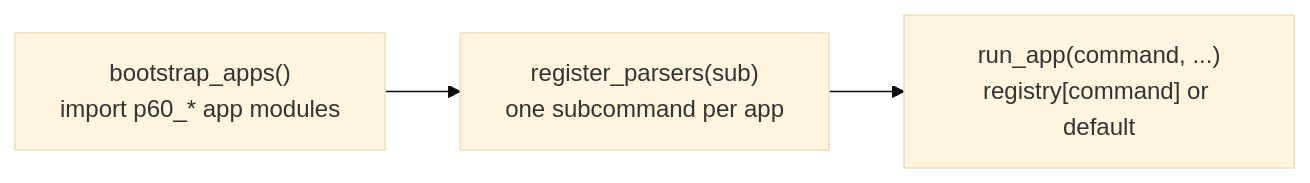
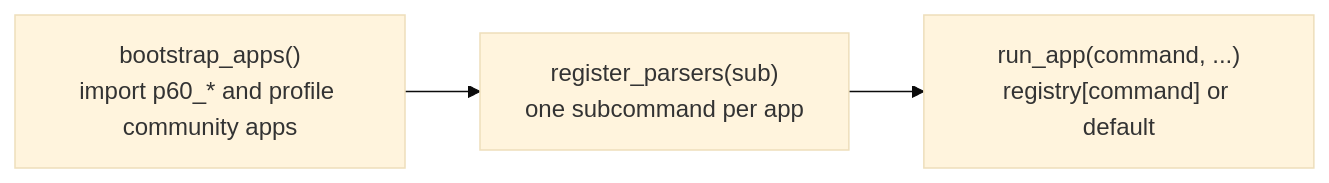
Before and after one commit to AV-Lab/avlite: the second of 2 diagrams in docs/architecture.md, drawn with Mermaid (base theme). The commit also changed other lines of this file and 4 other files, not shown here.

First line of the commit message:
Import profile community apps before CLI subcommands are built.

````diff
--- a/docs/architecture.md
+++ b/docs/architecture.md
@@ -84,7 +84,7 @@
 ```mermaid
 flowchart LR
-    boot["bootstrap_apps()\nimport p60_* app modules"]
+    boot["bootstrap_apps()\nimport p60_* and profile community apps"]
     reg["register_parsers(sub)\none subcommand per app"]
     run["run_app(command, ...)\nregistry[command] or default"]
     boot --> reg --> run
 ```
````
